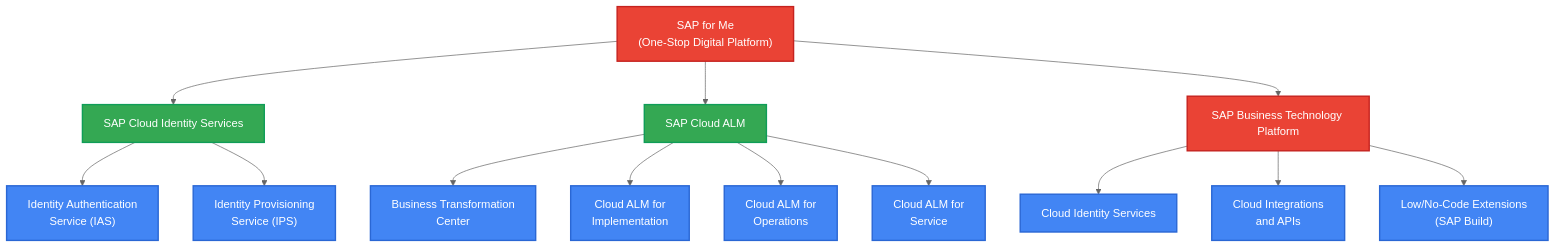
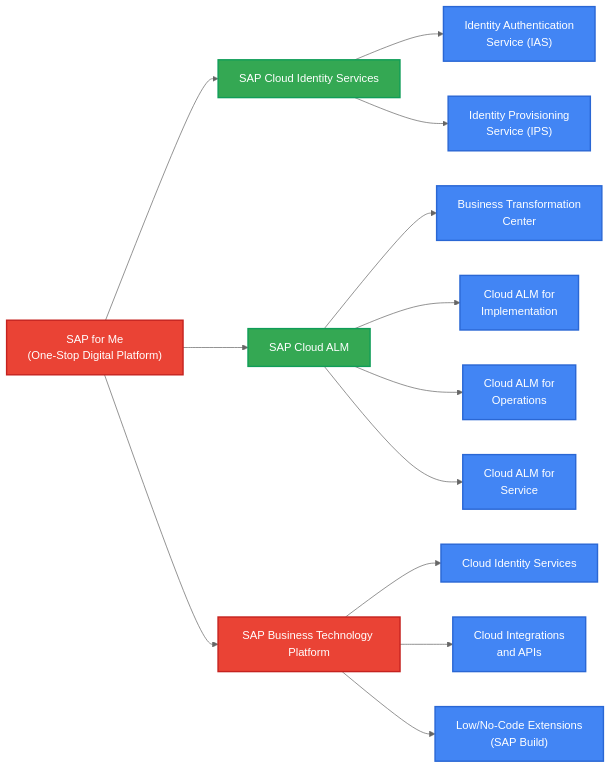
The diagram in platforms-services.md (sapflashcards/S4CPE), drawn with Mermaid (neutral theme) before and after one commit.

````diff
--- a/platforms-services.md
+++ b/platforms-services.md
@@ -1,26 +1,26 @@
 ```mermaid
-flowchart TD
+flowchart LR
     SFM["SAP for Me\n(One-Stop Digital Platform)"] --> SCIS["SAP Cloud Identity Services"]
     SFM --> CALM["SAP Cloud ALM"]
     SFM --> BTP["SAP Business Technology Platform"]
     
     SCIS --> IAS["Identity Authentication\nService (IAS)"]
     SCIS --> IPS["Identity Provisioning\nService (IPS)"]
     
     CALM --> BTC["Business Transformation\nCenter"]
     CALM --> IMP["Cloud ALM for\nImplementation"]
     CALM --> OPS["Cloud ALM for\nOperations"]
     CALM --> SER["Cloud ALM for\nService"]
     
     BTP --> CAI["Cloud Identity Services"]
     BTP --> CIA["Cloud Integrations\nand APIs"]
     BTP --> CEX["Low/No-Code Extensions\n(SAP Build)"]
     
     classDef platform fill:#EA4335,color:white,stroke:#C5221F,stroke-width:2px
     classDef service fill:#34A853,color:white,stroke:#0F9D58,stroke-width:2px
     classDef component fill:#4285F4,color:white,stroke:#2A67D4,stroke-width:2px
     
     class SFM,BTP platform
     class SCIS,CALM service
     class IAS,IPS,BTC,IMP,OPS,SER,CAI,CIA,CEX component
 ```
````
